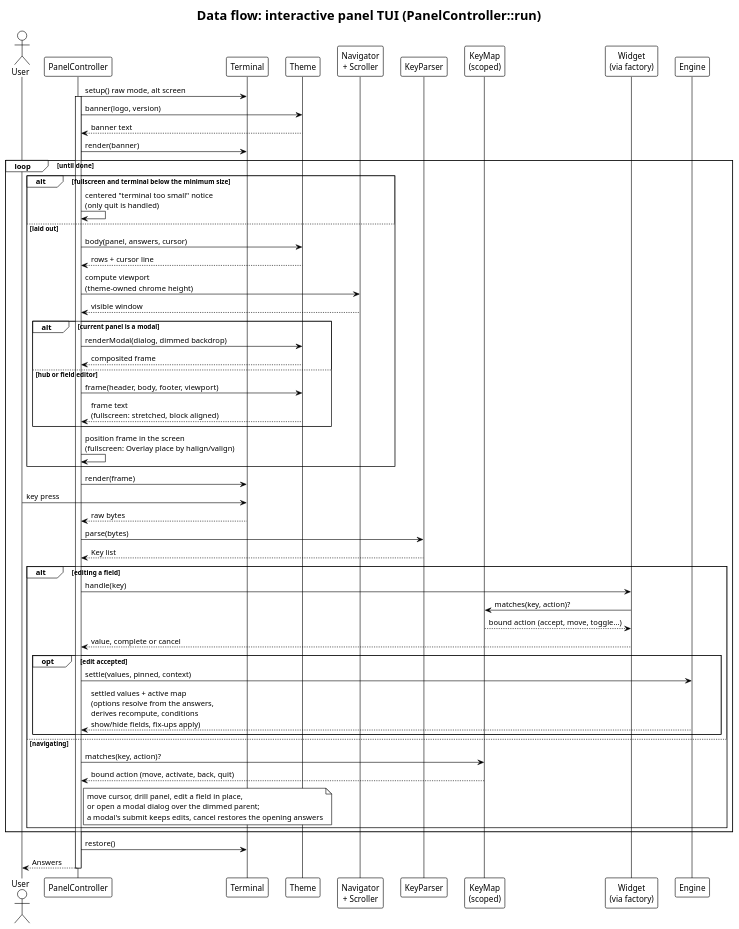
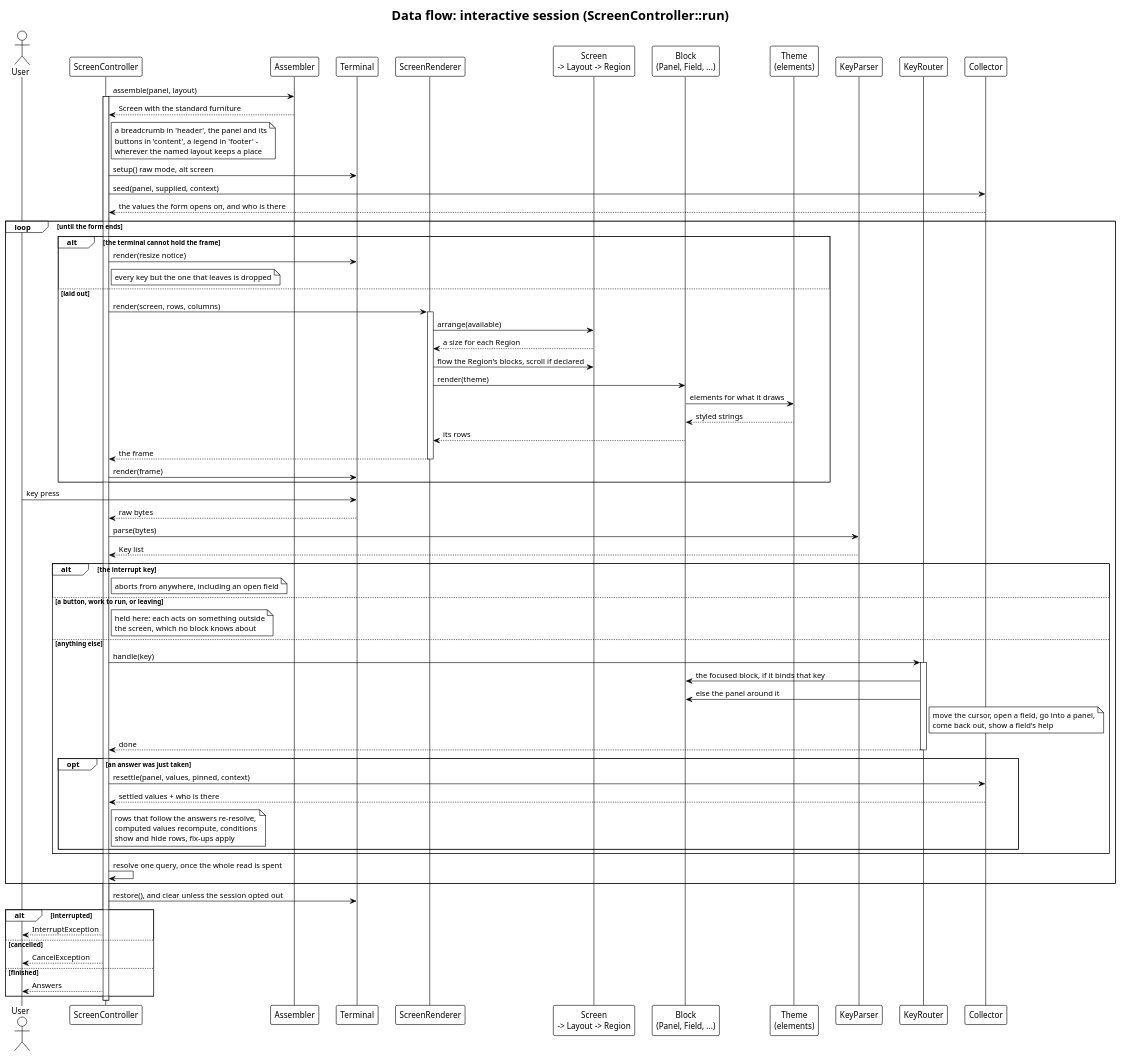
The diagram in docs/architecture/dataflow-tui.puml (drevops/phptui), drawn with PlantUML before and after one commit. The commit also changed 1596 other files, not shown here.

Commit message:
Refactored to use capability-driven architecture and new visual hierarchy.

```diff
--- a/docs/architecture/dataflow-tui.puml
+++ b/docs/architecture/dataflow-tui.puml
@@ -1,74 +1,91 @@
 @startuml
-' drevops/tui - data flow for the interactive panel TUI.
-' Traced from src/Render/PanelController.php (run -> frame/handle), src/Theme/
-' (frame, and renderModal composited via src/Render/Overlay), src/Input/
-' (KeyMap resolves a key press to a semantic action) and src/Engine/Engine.php
-' (settle re-resolves answer-driven options and re-runs derives, conditions and
-' fix-ups after an accepted edit).
+' drevops/tui - data flow for the interactive screen session.
+' Traced from src/Screen/ScreenController.php (run -> paint/handle), with
+' src/Screen/ScreenRenderer.php drawing outward from the Screen, src/Screen/
+' KeyRouter.php sending each key inward, src/Input/ resolving a key press to a
+' semantic action, and src/Screen/Collector.php re-settling after every answer.
 ' Regenerate every SVG with:  plantuml -tsvg docs/architecture/*.puml
 !theme plain
 skinparam backgroundColor white
 skinparam defaultFontName Helvetica
 skinparam shadowing false
-title Data flow: interactive panel TUI (PanelController::run)
+title Data flow: interactive session (ScreenController::run)
 
 actor "User" as User
-participant "PanelController" as PC
+participant "ScreenController" as SC
+participant "Assembler" as Asm
 participant "Terminal" as Term
-participant "Theme" as Theme
-participant "Navigator\n+ Scroller" as Nav
+participant "ScreenRenderer" as SR
+participant "Screen\n-> Layout -> Region" as Screen
+participant "Block\n(Panel, Field, ...)" as Block
+participant "Theme\n(elements)" as Theme
 participant "KeyParser" as KP
-participant "KeyMap\n(scoped)" as KM
-participant "Widget\n(via factory)" as W
-participant "Engine" as Eng
+participant "KeyRouter" as KR
+participant "Collector" as Col
 
-PC -> Term: setup() raw mode, alt screen
-activate PC
-PC -> Theme: banner(logo, version)
-Theme --> PC: banner text
-PC -> Term: render(banner)
+SC -> Asm: assemble(panel, layout)
+activate SC
+Asm --> SC: Screen with the standard furniture
+note right of SC: a breadcrumb in 'header', the panel and its\nbuttons in 'content', a legend in 'footer' -\nwherever the named layout keeps a place
 
-loop until done
-  alt fullscreen and terminal below the minimum size
-    PC -> PC: centered "terminal too small" notice\n(only quit is handled)
+SC -> Term: setup() raw mode, alt screen
+SC -> Col: seed(panel, supplied, context)
+Col --> SC: the values the form opens on, and who is there
+
+loop until the form ends
+  alt the terminal cannot hold the frame
+    SC -> Term: render(resize notice)
+    note right of SC: every key but the one that leaves is dropped
   else laid out
-    PC -> Theme: body(panel, answers, cursor)
-    Theme --> PC: rows + cursor line
-    PC -> Nav: compute viewport\n(theme-owned chrome height)
-    Nav --> PC: visible window
-    alt current panel is a modal
-      PC -> Theme: renderModal(dialog, dimmed backdrop)
-      Theme --> PC: composited frame
-    else hub or field editor
-      PC -> Theme: frame(header, body, footer, viewport)
-      Theme --> PC: frame text\n(fullscreen: stretched, block aligned)
-    end
-    PC -> PC: position frame in the screen\n(fullscreen: Overlay place by halign/valign)
+    SC -> SR: render(screen, rows, columns)
+    activate SR
+    SR -> Screen: arrange(available)
+    Screen --> SR: a size for each Region
+    SR -> Screen: flow the Region's blocks, scroll if declared
+    SR -> Block: render(theme)
+    Block -> Theme: elements for what it draws
+    Theme --> Block: styled strings
+    Block --> SR: its rows
+    SR --> SC: the frame
+    deactivate SR
+    SC -> Term: render(frame)
   end
-  PC -> Term: render(frame)
 
   User -> Term: key press
-  Term --> PC: raw bytes
-  PC -> KP: parse(bytes)
-  KP --> PC: Key list
+  Term --> SC: raw bytes
+  SC -> KP: parse(bytes)
+  KP --> SC: Key list
 
-  alt editing a field
-    PC -> W: handle(key)
-    W -> KM: matches(key, action)?
-    KM --> W: bound action (accept, move, toggle...)
-    W --> PC: value, complete or cancel
-    opt edit accepted
-      PC -> Eng: settle(values, pinned, context)
-      Eng --> PC: settled values + active map\n(options resolve from the answers,\nderives recompute, conditions\nshow/hide fields, fix-ups apply)
+  alt the interrupt key
+    note right of SC: aborts from anywhere, including an open field
+  else a button, work to run, or leaving
+    note right of SC: held here: each acts on something outside\nthe screen, which no block knows about
+  else anything else
+    SC -> KR: handle(key)
+    activate KR
+    KR -> Block: the focused block, if it binds that key
+    KR -> Block: else the panel around it
+    note right of KR: move the cursor, open a field, go into a panel,\ncome back out, show a field's help
+    KR --> SC: done
+    deactivate KR
+
+    opt an answer was just taken
+      SC -> Col: resettle(panel, values, pinned, context)
+      Col --> SC: settled values + who is there
+      note right of SC: rows that follow the answers re-resolve,\ncomputed values recompute, conditions\nshow and hide rows, fix-ups apply
     end
-  else navigating
-    PC -> KM: matches(key, action)?
-    KM --> PC: bound action (move, activate, back, quit)
-    note right of PC: move cursor, drill panel, edit a field in place,\nor open a modal dialog over the dimmed parent;\na modal's submit keeps edits, cancel restores the opening answers
   end
+
+  SC -> SC: resolve one query, once the whole read is spent
 end
 
-PC -> Term: restore()
-PC --> User: Answers
-deactivate PC
+SC -> Term: restore(), and clear unless the session opted out
+alt interrupted
+  SC --> User: InterruptException
+else cancelled
+  SC --> User: CancelException
+else finished
+  SC --> User: Answers
+end
+deactivate SC
 @enduml
```
